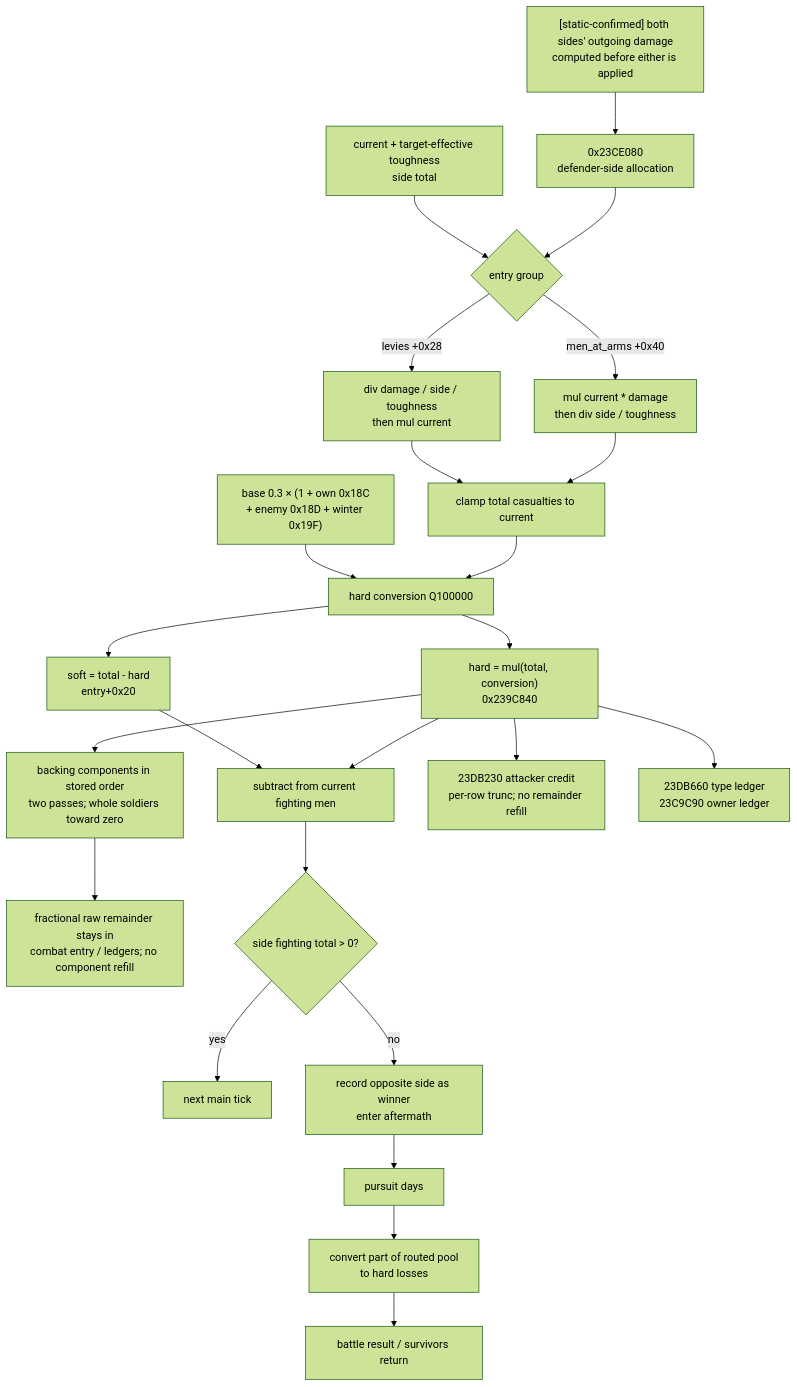
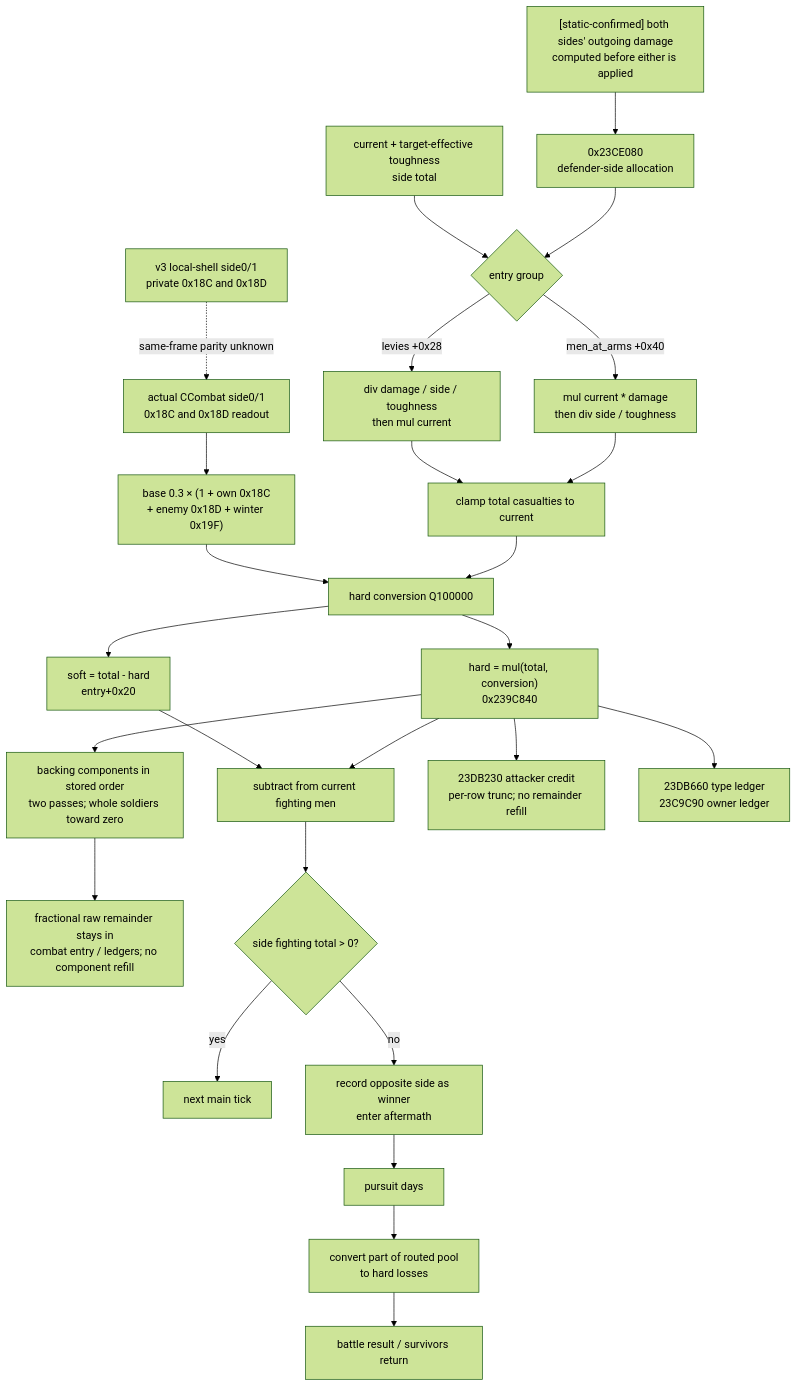
Before and after one commit to XenoAmess/ck3_eternal_recurrence: the fourth of 8 diagrams in docs/ck3-native-ai/battle-simulation.md, drawn with Mermaid (forest theme). The commit also changed other lines of this file and 8 other files, not shown here.

Commit message:
COMBAT-ACTUAL-SIDE-DIAGNOSTIC: expose private actual combat side modifiers

````diff
--- a/docs/ck3-native-ai/battle-simulation.md
+++ b/docs/ck3-native-ai/battle-simulation.md
@@ -434,26 +447,28 @@
 ```mermaid
 flowchart TD
     OD["[static-confirmed] both sides' outgoing damage<br/>computed before either is applied"] --> DA["0x23CE080<br/>defender-side allocation"]
     DS["current + target-effective toughness<br/>side total"] --> EG{"entry group"}
     DA --> EG
     EG -->|levies +0x28| LF["div damage / side / toughness<br/>then mul current"]
     EG -->|men_at_arms +0x40| MF["mul current * damage<br/>then div side / toughness"]
+    AS["actual CCombat side0/1<br/>0x18C and 0x18D readout"] --> CM
+    LS["v3 local-shell side0/1<br/>private 0x18C and 0x18D"] -.->|same-frame parity unknown| AS
     CM["base 0.3 × (1 + own 0x18C<br/>+ enemy 0x18D + winter 0x19F)"] --> HCV["hard conversion Q100000"]
     LF --> TC["clamp total casualties to current"]
     MF --> TC
     TC --> HCV
     HCV --> SC["soft = total - hard<br/>entry+0x20"]
     HCV --> HC["hard = mul(total, conversion)<br/>0x239C840"]
     HC --> CP["backing components in stored order<br/>two passes; whole soldiers toward zero"]
     CP --> CR["fractional raw remainder stays in<br/>combat entry / ledgers; no component refill"]
     SC --> FM["subtract from current fighting men"]
     HC --> FM
     HC --> AL["23DB230 attacker credit<br/>per-row trunc; no remainder refill"]
     HC --> DL["23DB660 type ledger<br/>23C9C90 owner ledger"]
     FM --> E{"side fighting total > 0?"}
     E -->|yes| N["next main tick"]
     E -->|no| LOS["record opposite side as winner<br/>enter aftermath"]
     LOS --> PU["pursuit days"]
     PU --> PCV["convert part of routed pool<br/>to hard losses"]
     PCV --> R["battle result / survivors return"]
 ```
````
